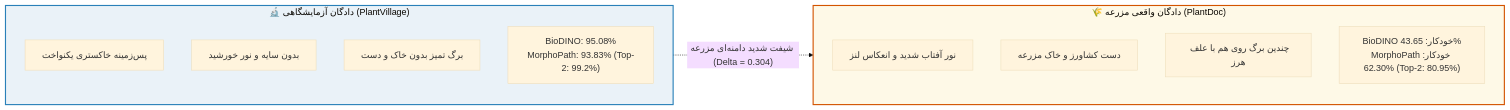
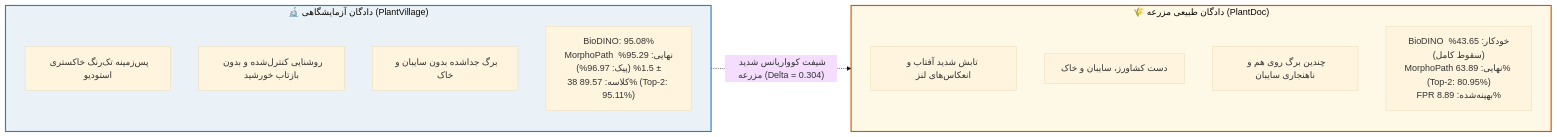
Before and after one commit to mortezahatamikia-code/uncertainty-gated-paper: the diagram in obsidian/Architecture/Master-Comparative-Benchmark-BioDINO-vs-MorphoPath.md, drawn with Mermaid (base theme). The commit also changed other lines of this file and 44 other files, not shown here.

````diff
--- a/obsidian/Architecture/Master-Comparative-Benchmark-BioDINO-vs-MorphoPath.md
+++ b/obsidian/Architecture/Master-Comparative-Benchmark-BioDINO-vs-MorphoPath.md
@@ -72,22 +75,22 @@
 ```mermaid
 graph LR
     subgraph Lab ["🔬 دادگان آزمایشگاهی (PlantVillage)"]
         direction TB
-        L1["پس‌زمینه خاکستری یکنواخت"]
-        L2["بدون سایه و نور خورشید"]
-        L3["برگ تمیز بدون خاک و دست"]
-        L_res["BioDINO: 95.08%<br/>MorphoPath: 93.83% (Top-2: 99.2%)"]
+        L1["پس‌زمینه تک‌رنگ خاکستری استودیو"]
+        L2["روشنایی کنترل‌شده و بدون بازتاب خورشید"]
+        L3["برگ جداشده بدون سایبان و خاک"]
+        L_res["BioDINO: 95.08%<br/>MorphoPath نهایی: 95.29% ± 1.5% (پیک: 96.97%)<br/>38 کلاسه: 89.57% (Top-2: 95.11%)"]
     end
     
-    subgraph Wild ["🌾 دادگان واقعی مزرعه (PlantDoc)"]
+    subgraph Wild ["🌾 دادگان طبیعی مزرعه (PlantDoc)"]
         direction TB
-        W1["نور آفتاب شدید و انعکاس لنز"]
-        W2["دست کشاورز و خاک مزرعه"]
-        W3["چندین برگ روی هم با علف هرز"]
-        W_res["BioDINO خودکار: 43.65%<br/>MorphoPath خودکار: 62.30% (Top-2: 80.95%)"]
+        W1["تابش شدید آفتاب و انعکاس‌های لنز"]
+        W2["دست کشاورز، سایبان و خاک"]
+        W3["چندین برگ روی هم و ناهنجاری سایبان"]
+        W_res["BioDINO خودکار: 43.65% (سقوط کامل)<br/>MorphoPath نهایی: 63.89% (Top-2: 80.95%)<br/>FPR بهینه‌شده: 8.89%"]
     end
     
-    Lab -.->|"شیفت شدید دامنه‌ای مزرعه (Delta = 0.304)"| Wild
+    Lab -.->|"شیفت کوواریانس شدید مزرعه (Delta = 0.304)"| Wild
     style Lab fill:#eaf2f8,stroke:#2980b9,stroke-width:2px
     style Wild fill:#fef9e7,stroke:#d35400,stroke-width:2px
 ```
````
